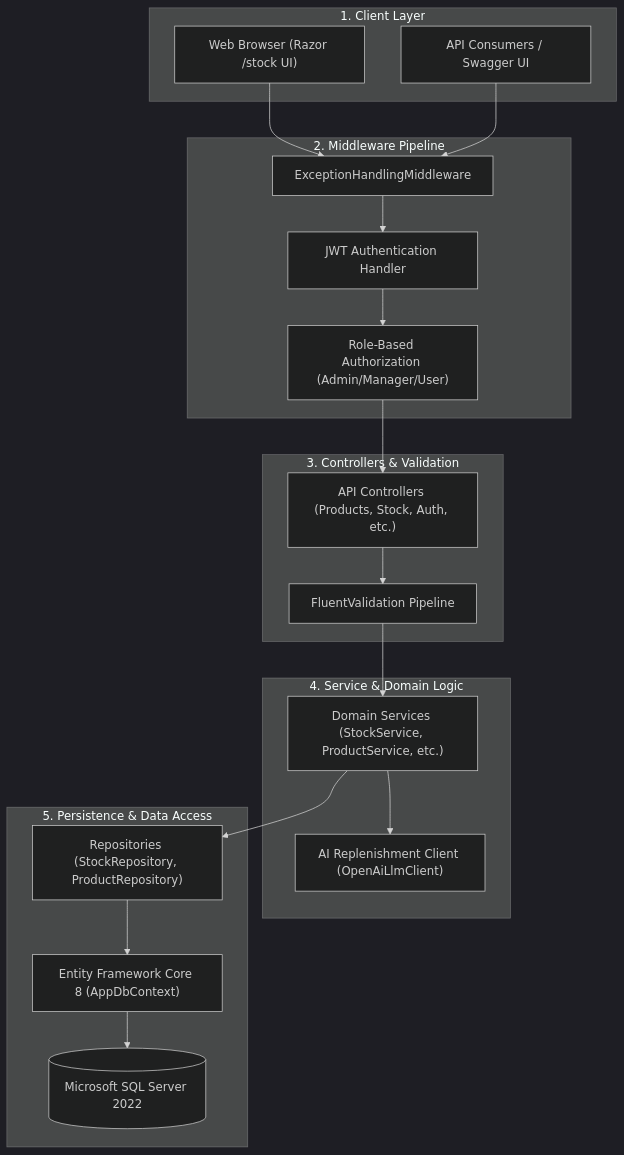
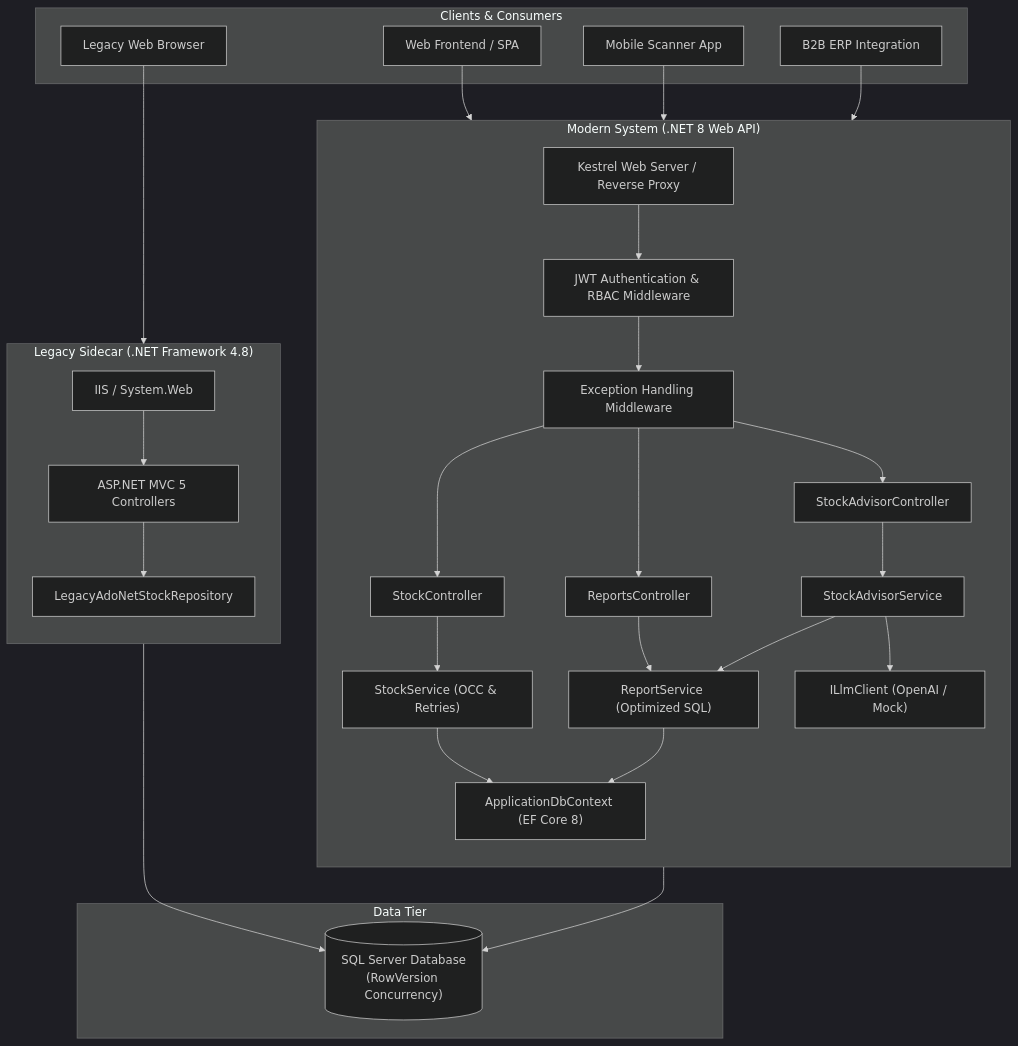
Before and after one commit to Dhanya562004/stockflow-inventory-api: the diagram in README.md, drawn with Mermaid (dark theme). The commit also changed other lines of this file, not shown here.

Commit message:
docs: upgrade README with skills evidence, legacy scope, and verified test results (#25)

````diff
--- a/README.md
+++ b/README.md
@@ -168,41 +215,57 @@
 ```mermaid
 flowchart TD
-    subgraph ClientLayer["1. Client Layer"]
-        Browser["Web Browser (Razor /stock UI)"]
-        APIClient["API Consumers / Swagger UI"]
+    subgraph Clients["Clients & Consumers"]
+        WebSPA["Web Frontend / SPA"]
+        MobileApp["Mobile Scanner App"]
+        LegacyBrowser["Legacy Web Browser"]
+        IntegrationClient["B2B ERP Integration"]
     end
 
-    subgraph MiddlewareLayer["2. Middleware Pipeline"]
-        ExHandler["ExceptionHandlingMiddleware"]
-        AuthN["JWT Authentication Handler"]
-        AuthZ["Role-Based Authorization (Admin/Manager/User)"]
+    subgraph ModernSystem["Modern System (.NET 8 Web API)"]
+        direction TB
+        ApiGateway["Kestrel Web Server / Reverse Proxy"]
+        AuthMiddleware["JWT Authentication & RBAC Middleware"]
+        ExceptionMiddleware["Exception Handling Middleware"]
+        StockController["StockController"]
+        ReportsController["ReportsController"]
+        AdvisorController["StockAdvisorController"]
+        StockService["StockService (OCC & Retries)"]
+        ReportService["ReportService (Optimized SQL)"]
+        AdvisorService["StockAdvisorService"]
+        EFCoreContext["ApplicationDbContext (EF Core 8)"]
+        LlmClient["ILlmClient (OpenAI / Mock)"]
     end
 
-    subgraph PresentationLayer["3. Controllers & Validation"]
-        Controllers["API Controllers (Products, Stock, Auth, etc.)"]
-        FluentVal["FluentValidation Pipeline"]
+    subgraph LegacySidecar["Legacy Sidecar (.NET Framework 4.8)"]
+        direction TB
+        IIS["IIS / System.Web"]
+        LegacyMvc["ASP.NET MVC 5 Controllers"]
+        LegacyAdoNet["LegacyAdoNetStockRepository"]
     end
 
-    subgraph BusinessLayer["4. Service & Domain Logic"]
-        Services["Domain Services (StockService, ProductService, etc.)"]
-        LLMClient["AI Replenishment Client (OpenAiLlmClient)"]
+    subgraph Storage["Data Tier"]
+        SqlServer[("SQL Server Database\n(RowVersion Concurrency)")]
     end
 
-    subgraph DataAccessLayer["5. Persistence & Data Access"]
-        Repositories["Repositories (StockRepository, ProductRepository)"]
-        EFDbContext["Entity Framework Core 8 (AppDbContext)"]
-        SQLDB[("Microsoft SQL Server 2022")]
-    end
+    WebSPA --> ApiGateway
+    MobileApp --> ApiGateway
+    IntegrationClient --> ApiGateway
+    LegacyBrowser --> IIS
 
-    Browser --> ExHandler
-    APIClient --> ExHandler
-    ExHandler --> AuthN
-    AuthN --> AuthZ
-    AuthZ --> Controllers
-    Controllers --> FluentVal
-    FluentVal --> Services
-    Services --> LLMClient
-    Services --> Repositories
-    Repositories --> EFDbContext
-    EFDbContext --> SQLDB
+    ApiGateway --> AuthMiddleware --> ExceptionMiddleware
+    ExceptionMiddleware --> StockController
+    ExceptionMiddleware --> ReportsController
+    ExceptionMiddleware --> AdvisorController
+
+    StockController --> StockService
+    ReportsController --> ReportService
+    AdvisorController --> AdvisorService
+
+    StockService --> EFCoreContext
+    ReportService --> EFCoreContext
+    AdvisorService --> LlmClient
+    AdvisorService --> ReportService
+
+    EFCoreContext --> SqlServer
+    IIS --> LegacyMvc --> LegacyAdoNet --> SqlServer
 ```
````
